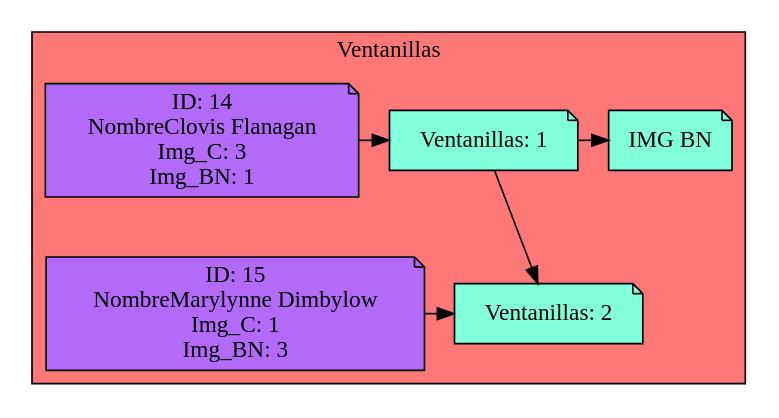
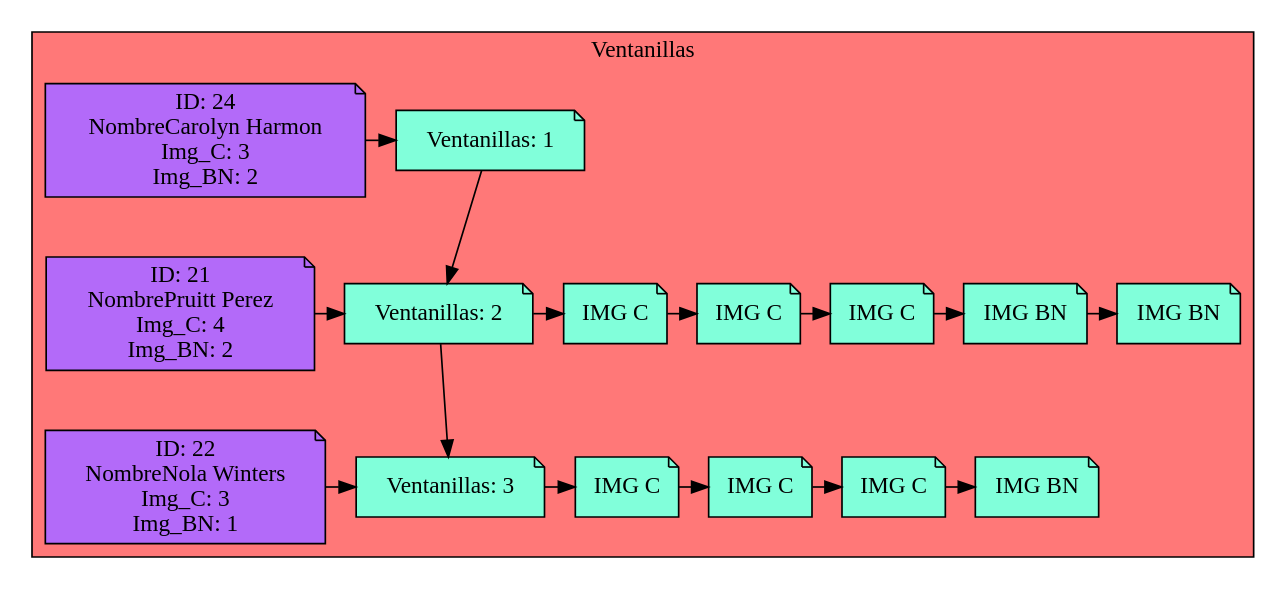
One commit to Serch-ING/EDD_UDRAWING_202000119 changed the diagram in Simple_Windows.dot. Above: the diagram before and after it, drawn with Graphviz. The commit also changed 22 other files, not shown here.

```diff
--- a/Simple_Windows.dot
+++ b/Simple_Windows.dot
@@ -1,26 +1,53 @@
 digraph L {
 node[shape=note fillcolor="#A181FF" style =filled]
 subgraph cluster_p{
     label= " Ventanillas "
     bgcolor = "#FF7878"
-Nodo1661081225[label="Ventanillas: 1",fillcolor="#81FFDA",group=1]
-Nodo1882554559[label="Ventanillas: 2",fillcolor="#81FFDA",group=2]
+Nodo776700275[label="Ventanillas: 1",fillcolor="#81FFDA",group=1]
+Nodo118394766[label="Ventanillas: 2",fillcolor="#81FFDA",group=2]
+Nodo1259014228[label="Ventanillas: 3",fillcolor="#81FFDA",group=3]
 
-Nodo1661081225 -> Nodo1882554559
+Nodo776700275 -> Nodo118394766
 
-Cliente771775563[label="ID: 14
-NombreClovis Flanagan
+Cliente1092572064[label="ID: 24
+NombreCarolyn Harmon
 Img_C: 3
-Img_BN: 1",fillcolor="#B36AF9",group=1]
-Cliente771775563-> Nodo1661081225
-Nodo1332668132[label="IMG BN",fillcolor="#81FFDA"]
+Img_BN: 2",fillcolor="#B36AF9",group=1]
+Cliente1092572064-> Nodo776700275
+{rank=same;Nodo776700275,Cliente1092572064}
+Nodo118394766 -> Nodo1259014228
 
-Nodo1661081225 -> Nodo1332668132
+Cliente1764696127[label="ID: 21
+NombrePruitt Perez
+Img_C: 4
+Img_BN: 2",fillcolor="#B36AF9",group=2]
+Cliente1764696127-> Nodo118394766
+Nodo728885526[label="IMG C",fillcolor="#81FFDA"]
+Nodo1636506029[label="IMG C",fillcolor="#81FFDA"]
+Nodo898694235[label="IMG C",fillcolor="#81FFDA"]
+Nodo873610597[label="IMG BN",fillcolor="#81FFDA"]
+Nodo348984985[label="IMG BN",fillcolor="#81FFDA"]
+Nodo728885526 -> Nodo1636506029
+Nodo1636506029 -> Nodo898694235
+Nodo898694235 -> Nodo873610597
+Nodo873610597 -> Nodo348984985
 
-{rank=same;Nodo1661081225,Cliente771775563,Nodo1332668132}
-Cliente1147580192[label="ID: 15
-NombreMarylynne Dimbylow
-Img_C: 1
-Img_BN: 3",fillcolor="#B36AF9",group=2]
-Cliente1147580192-> Nodo1882554559
-{rank=same;Nodo1882554559,Cliente1147580192}}}
+Nodo118394766 -> Nodo728885526
+
+{rank=same;Nodo118394766,Cliente1764696127,Nodo728885526,Nodo1636506029,Nodo898694235,Nodo873610597,Nodo348984985}
+Cliente2005435445[label="ID: 22
+NombreNola Winters
+Img_C: 3
+Img_BN: 1",fillcolor="#B36AF9",group=3]
+Cliente2005435445-> Nodo1259014228
+Nodo922511709[label="IMG C",fillcolor="#81FFDA"]
+Nodo758348212[label="IMG C",fillcolor="#81FFDA"]
+Nodo60292059[label="IMG C",fillcolor="#81FFDA"]
+Nodo1497845528[label="IMG BN",fillcolor="#81FFDA"]
+Nodo922511709 -> Nodo758348212
+Nodo758348212 -> Nodo60292059
+Nodo60292059 -> Nodo1497845528
+
+Nodo1259014228 -> Nodo922511709
+
+{rank=same;Nodo1259014228,Cliente2005435445,Nodo922511709,Nodo758348212,Nodo60292059,Nodo1497845528}}}
```
